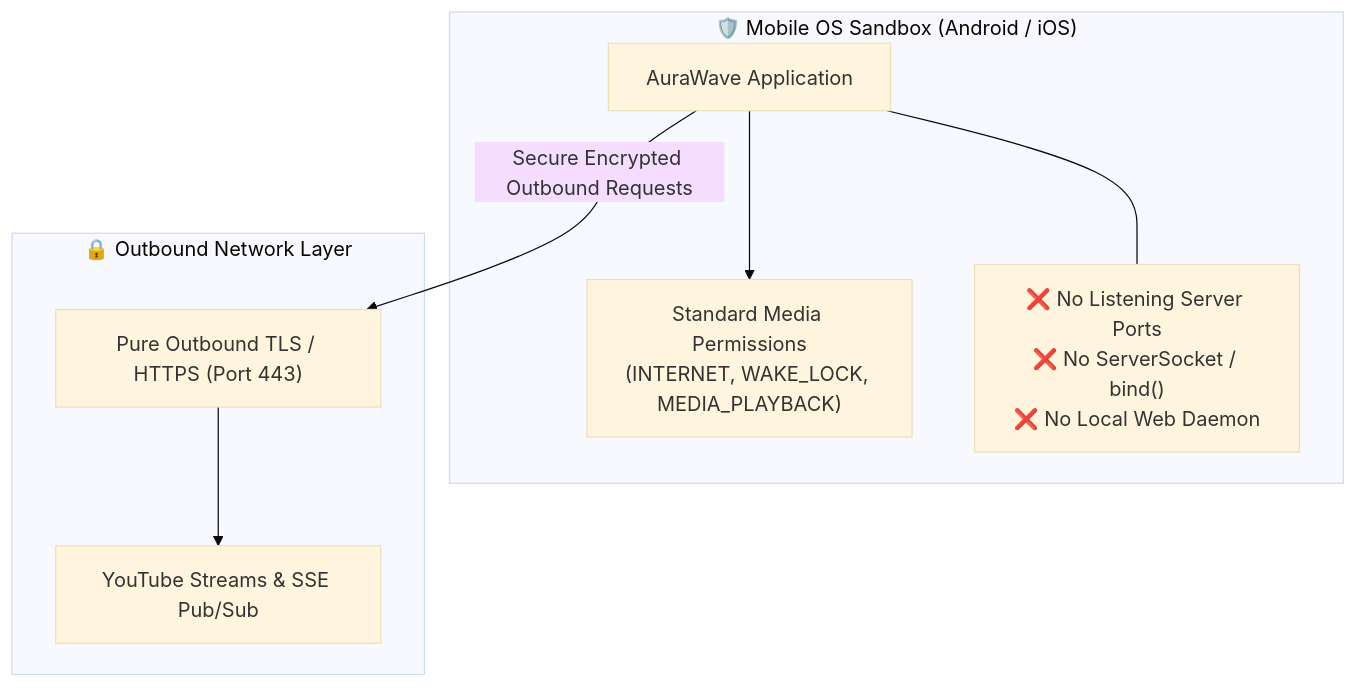
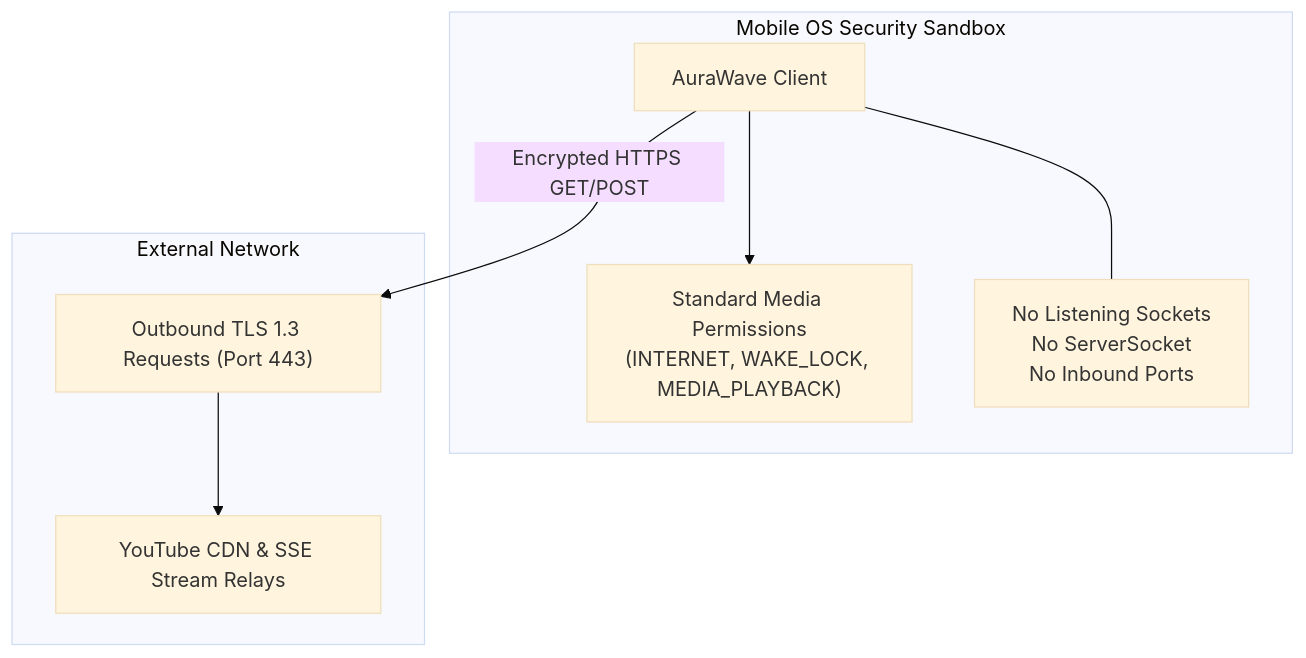
Before and after one commit to aayushkumar20/aurawave: the third of 3 diagrams in README.md, drawn with Mermaid (base theme). The commit also changed other lines of this file and 1 other file, not shown here.

````diff
--- a/README.md
+++ b/README.md
@@ -119,18 +222,18 @@
 ```mermaid
 flowchart TD
-    subgraph Sandbox["🛡️ Mobile OS Sandbox (Android / iOS)"]
-        App["AuraWave Application"]
+    subgraph Sandbox["Mobile OS Security Sandbox"]
+        App["AuraWave Client"]
         Perms["Standard Media Permissions\n(INTERNET, WAKE_LOCK, MEDIA_PLAYBACK)"]
-        NoPorts["❌ No Listening Server Ports\n❌ No ServerSocket / bind()\n❌ No Local Web Daemon"]
+        NoSockets["No Listening Sockets\nNo ServerSocket\nNo Inbound Ports"]
     end
 
-    subgraph Network["🔒 Outbound Network Layer"]
-        OutboundTLS["Pure Outbound TLS / HTTPS (Port 443)"]
-        CDNs["YouTube Streams & SSE Pub/Sub"]
+    subgraph External["External Network"]
+        Outbound["Outbound TLS 1.3 Requests (Port 443)"]
+        Endpoints["YouTube CDN & SSE Stream Relays"]
     end
 
     App --> Perms
-    App --- NoPorts
-    App -->|Secure Encrypted Outbound Requests| OutboundTLS
-    OutboundTLS --> CDNs
+    App --- NoSockets
+    App -->|Encrypted HTTPS GET/POST| Outbound
+    Outbound --> Endpoints
 ```
````
